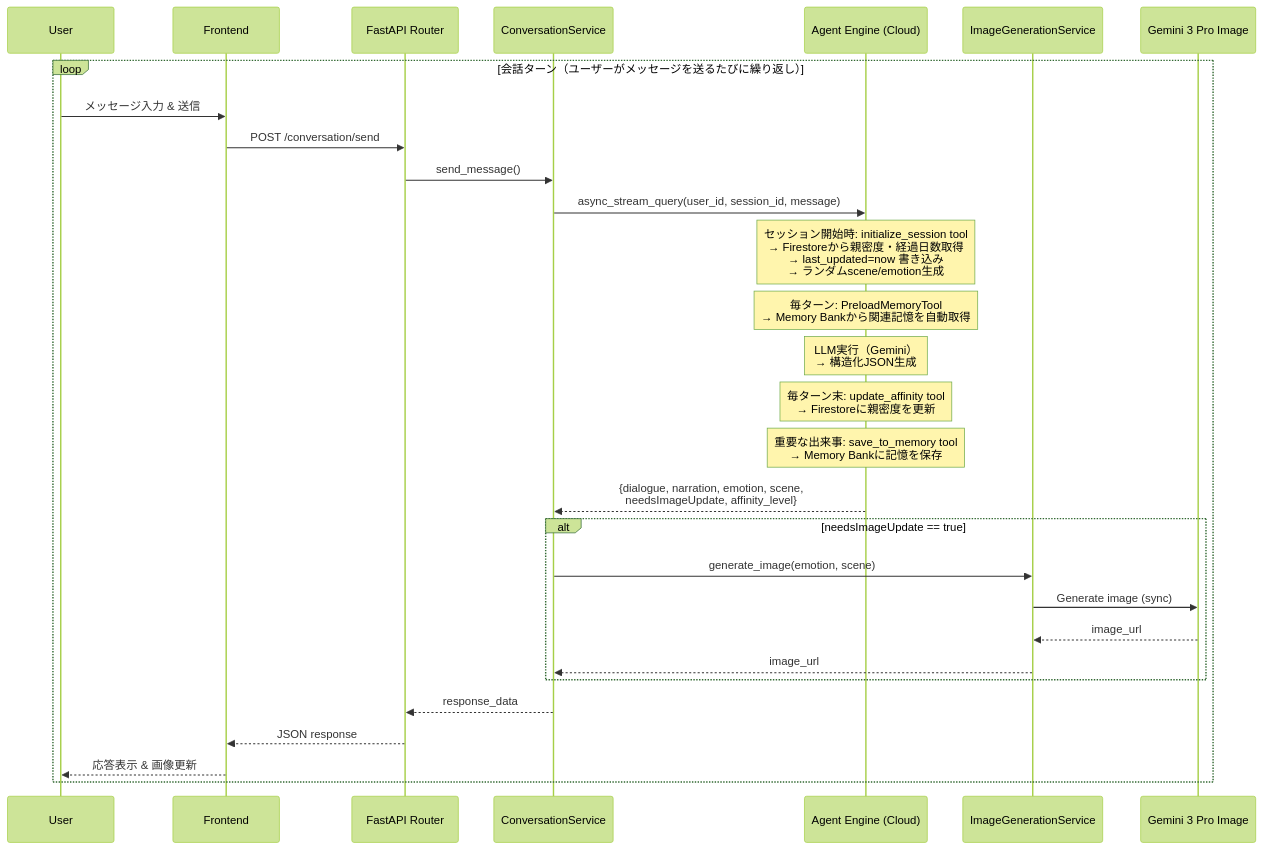
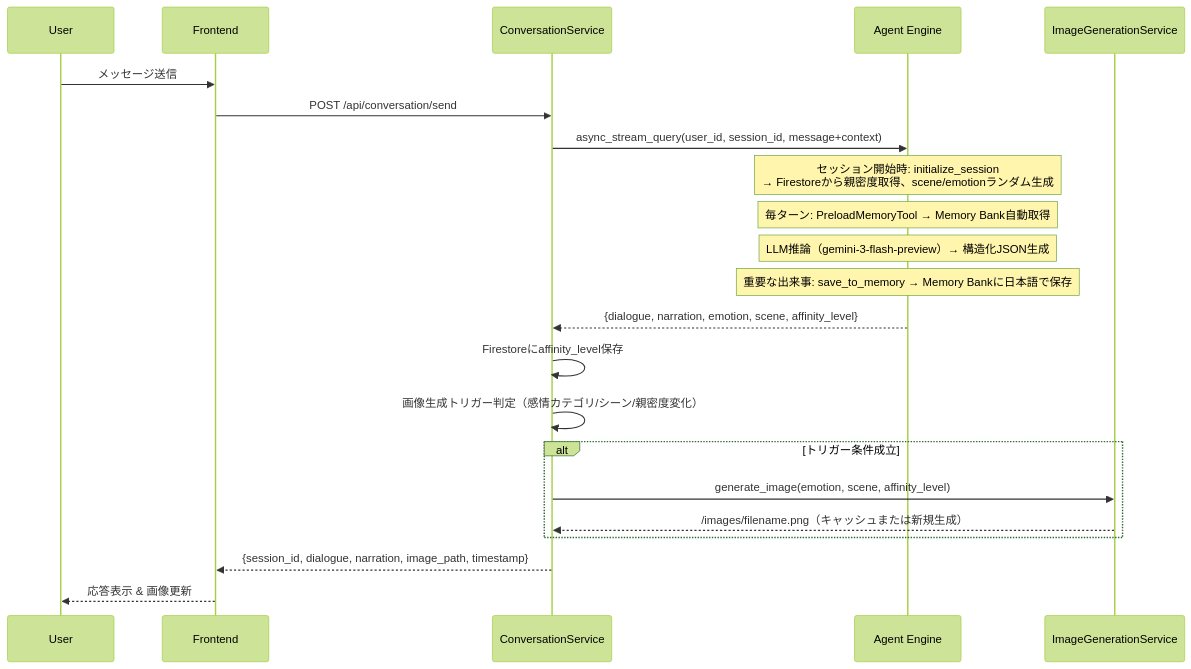
Before and after one commit to ice1203/ai-chat-game-vertex: the first of 3 diagrams in .kiro/specs/agent-engine-chat-app/design.md, drawn with Mermaid (forest theme). The commit also changed other lines of this file and 19 other files, not shown here.

First line of the commit message:
feat: add conversation API router, agent tools with Firestore, and comprehensive test suite

````diff
--- a/.kiro/specs/agent-engine-chat-app/design.md
+++ b/.kiro/specs/agent-engine-chat-app/design.md
@@ -155,37 +42,31 @@
 ```mermaid
 sequenceDiagram
     participant U as User
     participant UI as Frontend
-    participant API as FastAPI Router
     participant CS as ConversationService
-    participant AE as Agent Engine (Cloud)
+    participant AE as Agent Engine
     participant IS as ImageGenerationService
-    participant GI as Gemini 3 Pro Image
 
-    loop 会話ターン（ユーザーがメッセージを送るたびに繰り返し）
-        U->>UI: メッセージ入力 & 送信
-        UI->>API: POST /conversation/send
-        API->>CS: send_message()
+    U->>UI: メッセージ送信
+    UI->>CS: POST /api/conversation/send
 
-        CS->>AE: async_stream_query(user_id, session_id, message)
+    CS->>AE: async_stream_query(user_id, session_id, message+context)
 
-        Note over AE: セッション開始時: initialize_session tool<br/>→ Firestoreから親密度・経過日数取得<br/>→ last_updated=now 書き込み<br/>→ ランダムscene/emotion生成
-        Note over AE: 毎ターン: PreloadMemoryTool<br/>→ Memory Bankから関連記憶を自動取得
-        Note over AE: LLM実行（Gemini）<br/>→ 構造化JSON生成
-        Note over AE: 毎ターン末: update_affinity tool<br/>→ Firestoreに親密度を更新
-        Note over AE: 重要な出来事: save_to_memory tool<br/>→ Memory Bankに記憶を保存
+    Note over AE: セッション開始時: initialize_session<br/>→ Firestoreから親密度取得、scene/emotionランダム生成
+    Note over AE: 毎ターン: PreloadMemoryTool → Memory Bank自動取得
+    Note over AE: LLM推論（gemini-3-flash-preview）→ 構造化JSON生成
+    Note over AE: 重要な出来事: save_to_memory → Memory Bankに日本語で保存
 
-        AE-->>CS: {dialogue, narration, emotion, scene,<br/>needsImageUpdate, affinity_level}
+    AE-->>CS: {dialogue, narration, emotion, scene, affinity_level}
 
-        alt needsImageUpdate == true
-            CS->>IS: generate_image(emotion, scene)
-            IS->>GI: Generate image (sync)
-            GI-->>IS: image_url
-            IS-->>CS: image_url
-        end
+    CS->>CS: Firestoreにaffinity_level保存
+    CS->>CS: 画像生成トリガー判定（感情カテゴリ/シーン/親密度変化）
 
-        CS-->>API: response_data
-        API-->>UI: JSON response
-        UI-->>U: 応答表示 & 画像更新
+    alt トリガー条件成立
+        CS->>IS: generate_image(emotion, scene, affinity_level)
+        IS-->>CS: /images/filename.png（キャッシュまたは新規生成）
     end
+
+    CS-->>UI: {session_id, dialogue, narration, image_path, timestamp}
+    UI-->>U: 応答表示 & 画像更新
 ```
````
